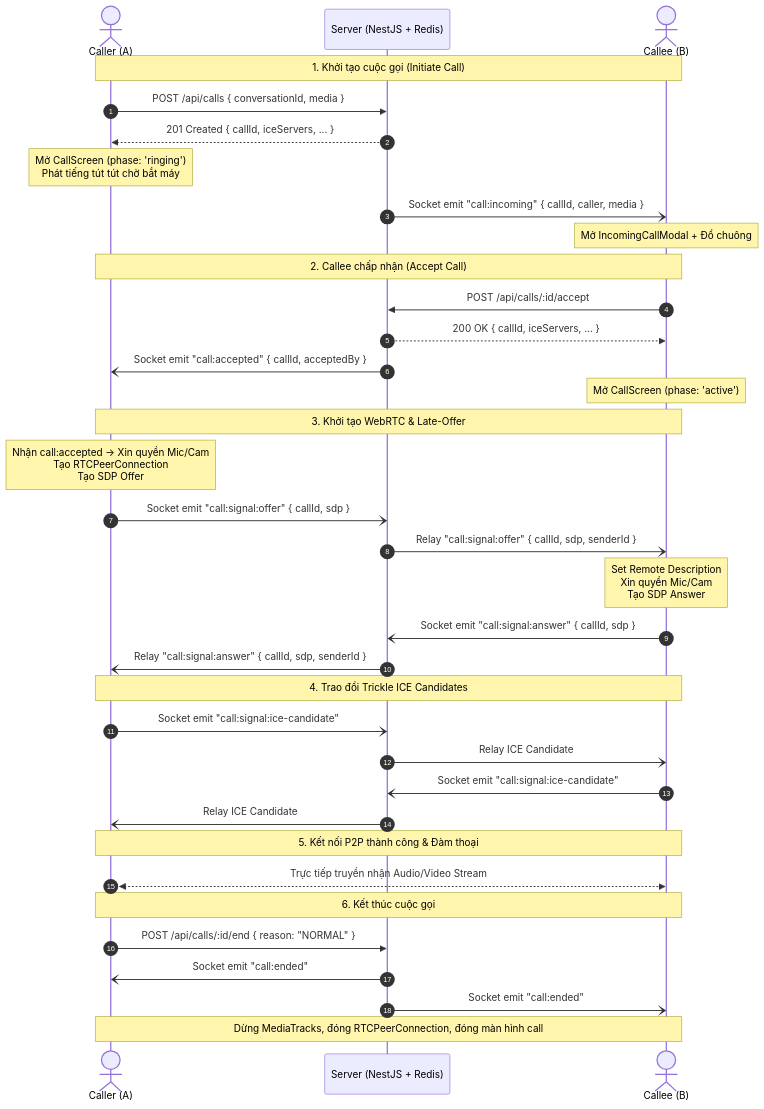
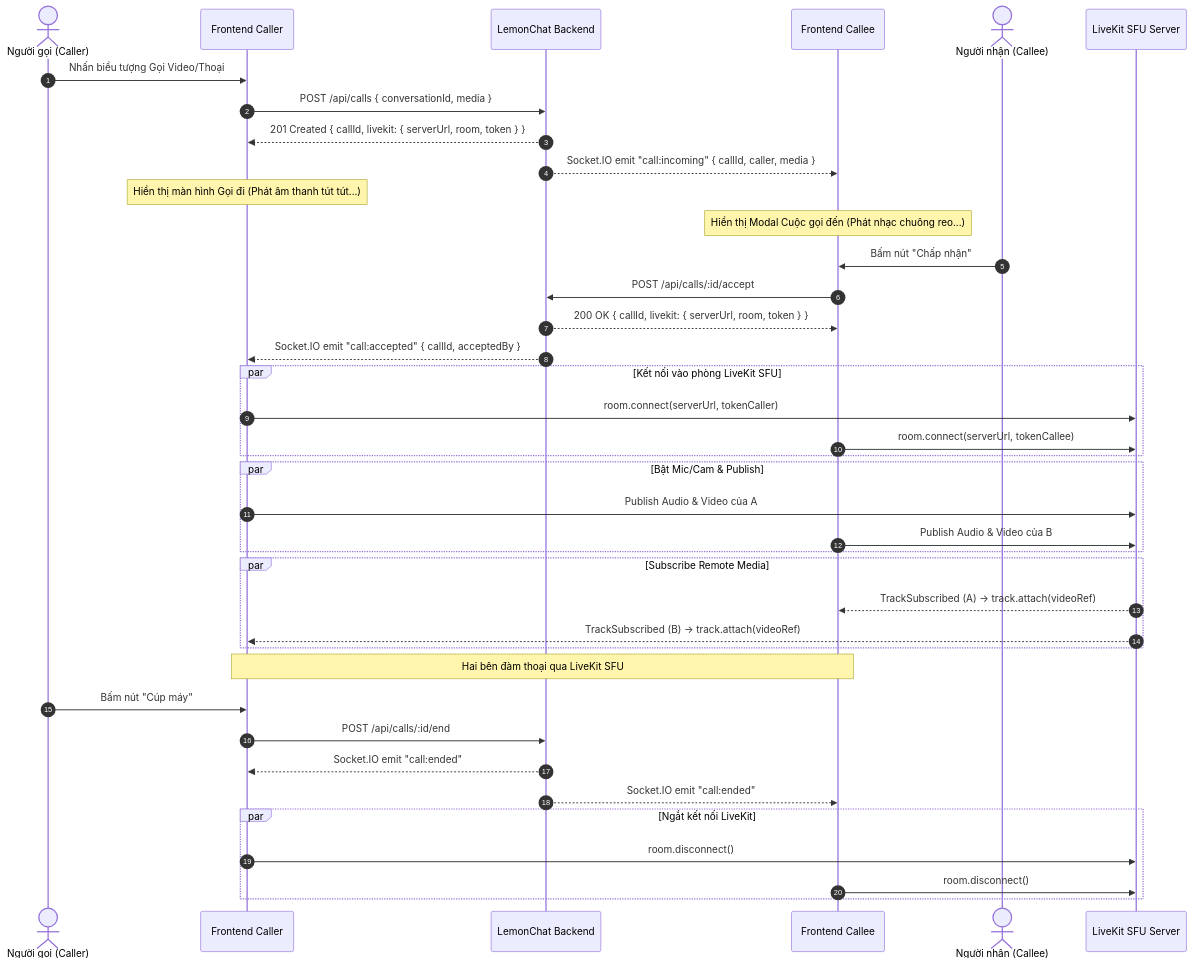
One commit to chanh-group/docs changed the diagram in WebRTC_FE_Dev_Guide.md. Above: the diagram before and after it, drawn with Mermaid. The commit also changed other lines of this file, not shown here.

Commit message:
docs(call): transition frontend development guide to LiveKit SFU with soft permission retry

````diff
--- a/WebRTC_FE_Dev_Guide.md
+++ b/WebRTC_FE_Dev_Guide.md
@@ -45,43 +27,53 @@
 ```mermaid
 sequenceDiagram
     autonumber
-    actor A as Caller (A)
-    participant S as Server (NestJS + Redis)
-    actor B as Callee (B)
+    actor A as Người gọi (Caller)
+    participant FE_A as Frontend Caller
+    participant BE as LemonChat Backend
+    participant FE_B as Frontend Callee
+    actor B as Người nhận (Callee)
+    participant LK as LiveKit SFU Server
 
-    Note over A,B: 1. Khởi tạo cuộc gọi (Initiate Call)
-    A->>S: POST /api/calls { conversationId, media }
-    S-->>A: 201 Created { callId, iceServers, ... }
-    Note over A: Mở CallScreen (phase: 'ringing')<br/>Phát tiếng tút tút chờ bắt máy
-    S-)B: Socket emit "call:incoming" { callId, caller, media }
-    Note over B: Mở IncomingCallModal + Đổ chuông
+    %% Khởi tạo
+    A->>FE_A: Nhấn biểu tượng Gọi Video/Thoại
+    FE_A->>BE: POST /api/calls { conversationId, media }
+    BE-->>FE_A: 201 Created { callId, livekit: { serverUrl, room, token } }
+    BE-->>FE_B: Socket.IO emit "call:incoming" { callId, caller, media }
+    Note over FE_A: Hiển thị màn hình Gọi đi (Phát âm thanh tút tút...)
+    Note over FE_B: Hiển thị Modal Cuộc gọi đến (Phát nhạc chuông reo...)
 
-    Note over A,B: 2. Callee chấp nhận (Accept Call)
-    B->>S: POST /api/calls/:id/accept
-    S-->>B: 200 OK { callId, iceServers, ... }
-    S-)A: Socket emit "call:accepted" { callId, acceptedBy }
-    Note over B: Mở CallScreen (phase: 'active')
+    %% Chấp nhận
+    B->>FE_B: Bấm nút "Chấp nhận"
+    FE_B->>BE: POST /api/calls/:id/accept
+    BE-->>FE_B: 200 OK { callId, livekit: { serverUrl, room, token } }
+    BE-->>FE_A: Socket.IO emit "call:accepted" { callId, acceptedBy }
 
-    Note over A,B: 3. Khởi tạo WebRTC & Late-Offer
-    Note over A: Nhận call:accepted -> Xin quyền Mic/Cam<br/>Tạo RTCPeerConnection<br/>Tạo SDP Offer
-    A-)S: Socket emit "call:signal:offer" { callId, sdp }
-    S-)B: Relay "call:signal:offer" { callId, sdp, senderId }
-    Note over B: Set Remote Description<br/>Xin quyền Mic/Cam<br/>Tạo SDP Answer
-    B-)S: Socket emit "call:signal:answer" { callId, sdp }
-    S-)A: Relay "call:signal:answer" { callId, sdp, senderId }
+    %% Kết nối LiveKit
+    par Kết nối vào phòng LiveKit SFU
+        FE_A->>LK: room.connect(serverUrl, tokenCaller)
+        FE_B->>LK: room.connect(serverUrl, tokenCallee)
+    end
 
-    Note over A,B: 4. Trao đổi Trickle ICE Candidates
-    A-)S: Socket emit "call:signal:ice-candidate"
-    S-)B: Relay ICE Candidate
-    B-)S: Socket emit "call:signal:ice-candidate"
-    S-)A: Relay ICE Candidate
+    %% Xuất bản Media
+    par Bật Mic/Cam & Publish
+        FE_A->>LK: Publish Audio & Video của A
+        FE_B->>LK: Publish Audio & Video của B
+    end
 
-    Note over A,B: 5. Kết nối P2P thành công & Đàm thoại
-    A<<-->>B: Trực tiếp truyền nhận Audio/Video Stream
+    %% Nhận Media
+    par Subscribe Remote Media
+        LK-->>FE_B: TrackSubscribed (A) -> track.attach(videoRef)
+        LK-->>FE_A: TrackSubscribed (B) -> track.attach(videoRef)
+    end
+    Note over FE_A,FE_B: Hai bên đàm thoại qua LiveKit SFU
 
-    Note over A,B: 6. Kết thúc cuộc gọi
-    A->>S: POST /api/calls/:id/end { reason: "NORMAL" }
-    S-)A: Socket emit "call:ended"
-    S-)B: Socket emit "call:ended"
-    Note over A,B: Dừng MediaTracks, đóng RTCPeerConnection, đóng màn hình call
+    %% Kết thúc
+    A->>FE_A: Bấm nút "Cúp máy"
+    FE_A->>BE: POST /api/calls/:id/end
+    BE-->>FE_A: Socket.IO emit "call:ended"
+    BE-->>FE_B: Socket.IO emit "call:ended"
+    par Ngắt kết nối LiveKit
+        FE_A->>LK: room.disconnect()
+        FE_B->>LK: room.disconnect()
+    end
 ```
````
